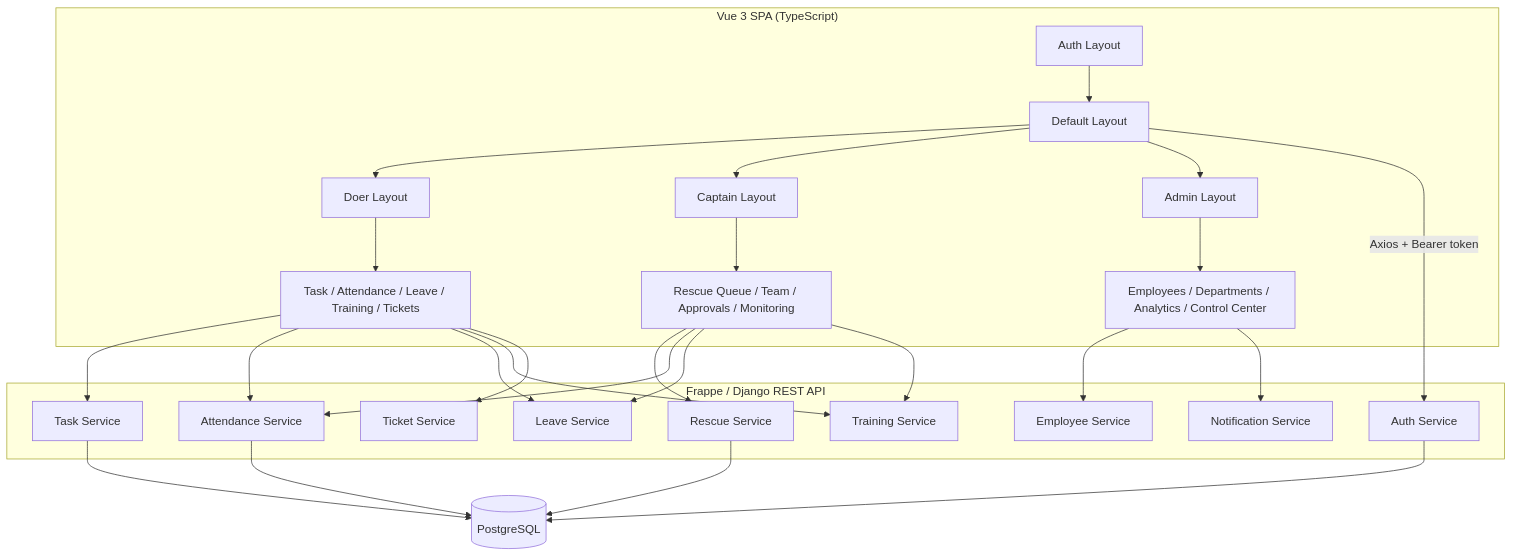
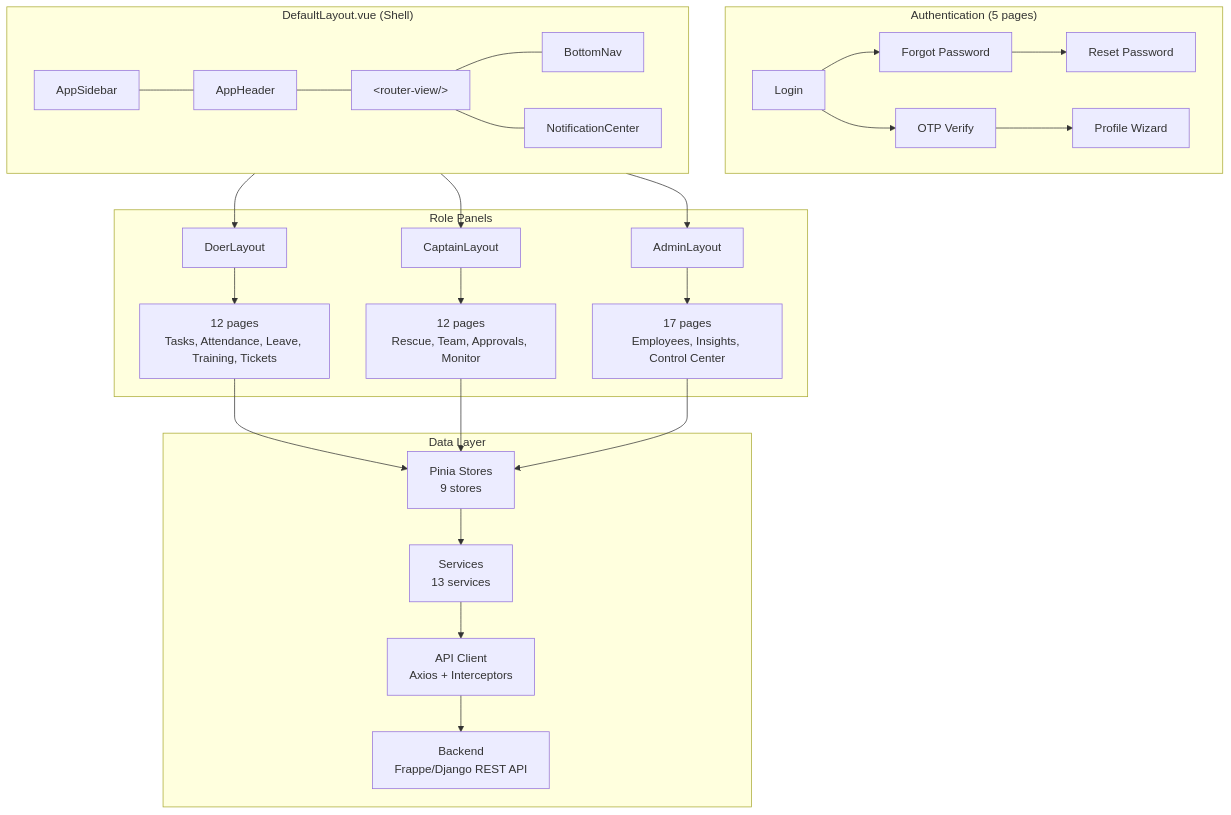
One commit to bhaveshsoni890201/OptiFlow_OS_Prototype changed the second of 10 diagrams in README.md. Above: the diagram before and after it, drawn with Mermaid. The commit also changed other lines of this file, not shown here.

Commit message:
docs: comprehensive README rewrite with Mermaid diagrams, 29 screenshot gallery, full workflow documentation

````diff
--- a/README.md
+++ b/README.md
@@ -142,33 +240,36 @@
 ```mermaid
 graph TD
-    subgraph Frontend["Vue 3 SPA (TypeScript)"]
-        A[Auth Layout] --> D[Default Layout]
-        D --> E[Doer Layout]
-        D --> F[Captain Layout]
-        D --> G[Admin Layout]
-        E --> H[Task / Attendance / Leave / Training / Tickets]
-        F --> I[Rescue Queue / Team / Approvals / Monitoring]
-        G --> J[Employees / Departments / Analytics / Control Center]
+    subgraph Auth["Authentication (5 pages)"]
+        A1[Login] --> A2[OTP Verify]
+        A1 --> A3[Forgot Password]
+        A3 --> A4[Reset Password]
+        A2 --> A5[Profile Wizard]
     end
 
-    subgraph Backend["Frappe / Django REST API"]
-        K[Auth Service]
-        L[Task Service]
-        M[Rescue Service]
-        N[Attendance Service]
-        O[Leave Service]
-        P[Employee Service]
-        Q[Training Service]
-        R[Ticket Service]
-        S[Notification Service]
+    subgraph Shell["DefaultLayout.vue (Shell)"]
+        S1[AppSidebar] --- S2[AppHeader]
+        S2 --- S3["&lt;router-view/&gt;"]
+        S3 --- S4[BottomNav]
+        S3 --- S5[NotificationCenter]
     end
 
-    D -->|Axios + Bearer token| K
-    H --> L & N & O & Q & R
-    I --> M & N & O & Q
-    J --> P & S
-    K --> T[(PostgreSQL)]
-    L --> T
-    M --> T
-    N --> T
+    subgraph Panels["Role Panels"]
+        D[DoerLayout] --> D1["12 pages<br/>Tasks, Attendance, Leave, Training, Tickets"]
+        C2[CaptainLayout] --> C3["12 pages<br/>Rescue, Team, Approvals, Monitor"]
+        A6[AdminLayout] --> A7["17 pages<br/>Employees, Insights, Control Center"]
+    end
+
+    Shell --> D
+    Shell --> C2
+    Shell --> A6
+
+    subgraph Data["Data Layer"]
+        P[Pinia Stores<br/>9 stores] --> S[Services<br/>13 services]
+        S --> API[API Client<br/>Axios + Interceptors]
+        API --> BE[Backend<br/>Frappe/Django REST API]
+    end
+
+    D1 --> P
+    C3 --> P
+    A7 --> P
 ```
````
